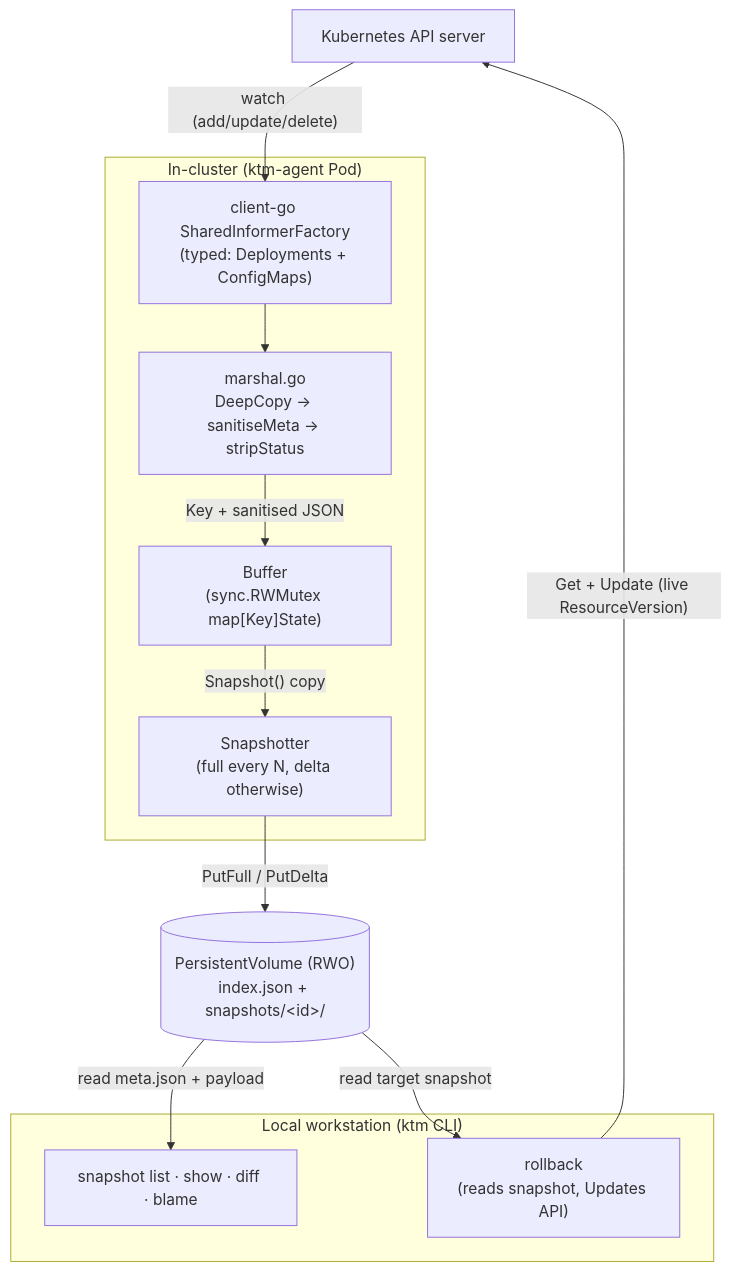
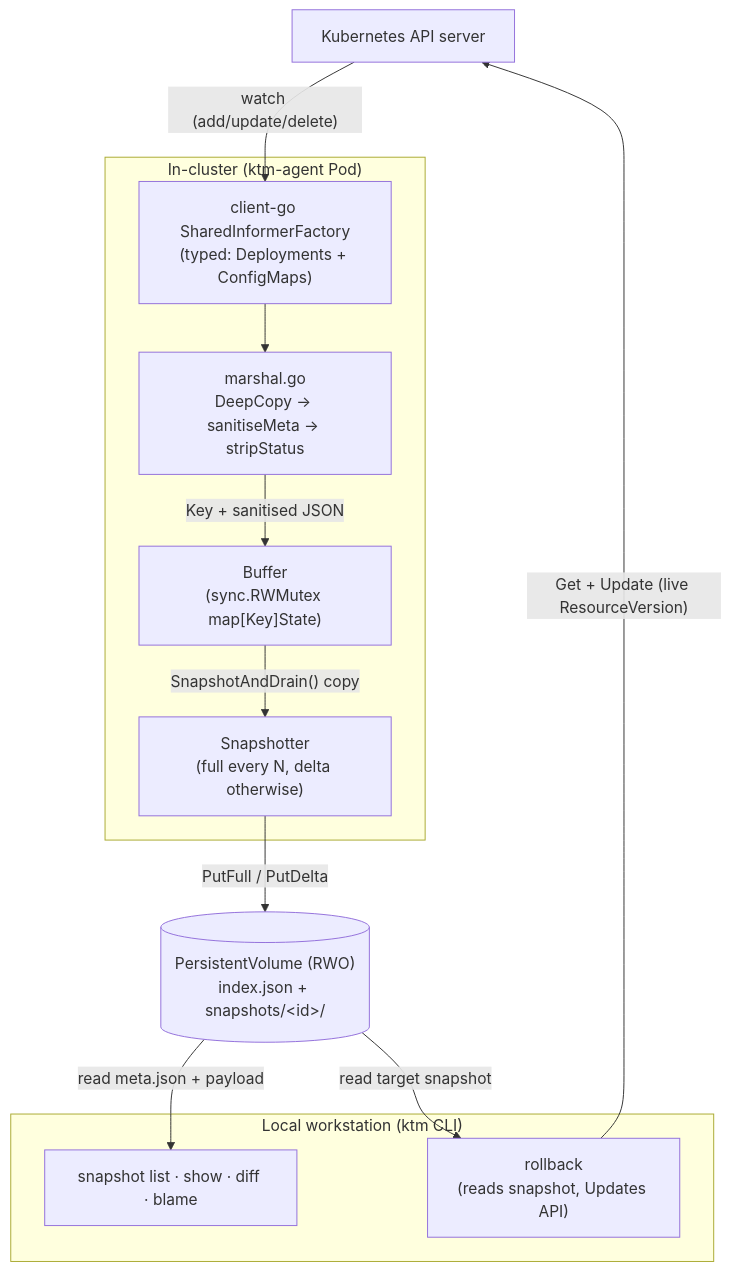
One commit to Franklin-Osede/kube-time-machine changed the diagram in docs/architecture.md. Above: the diagram before and after it, drawn with Mermaid. The commit also changed other lines of this file and 8 other files, not shown here.

First line of the commit message:
docs: correct runbook, install and architecture claims against the code

````diff
--- a/docs/architecture.md
+++ b/docs/architecture.md
@@ -7,27 +7,27 @@
 ```mermaid
 flowchart TD
     api["Kubernetes API server"]
 
     subgraph cluster["In-cluster (ktm-agent Pod)"]
         informers["client-go SharedInformerFactory<br/>(typed: Deployments + ConfigMaps)"]
         marshal["marshal.go<br/>DeepCopy → sanitiseMeta → stripStatus"]
         buffer["Buffer<br/>(sync.RWMutex map[Key]State)"]
         snapshotter["Snapshotter<br/>(full every N, delta otherwise)"]
     end
 
     pvc[("PersistentVolume (RWO)<br/>index.json + snapshots/&lt;id&gt;/")]
 
     subgraph local["Local workstation (ktm CLI)"]
         cliRead["snapshot list · show · diff · blame"]
         cliRollback["rollback<br/>(reads snapshot, Updates API)"]
     end
 
     api -- "watch (add/update/delete)" --> informers
     informers --> marshal
     marshal -- "Key + sanitised JSON" --> buffer
-    buffer -- "Snapshot() copy" --> snapshotter
+    buffer -- "SnapshotAndDrain() copy" --> snapshotter
     snapshotter -- "PutFull / PutDelta" --> pvc
     pvc -- "read meta.json + payload" --> cliRead
     pvc -- "read target snapshot" --> cliRollback
     cliRollback -- "Get + Update (live ResourceVersion)" --> api
 ```
````
